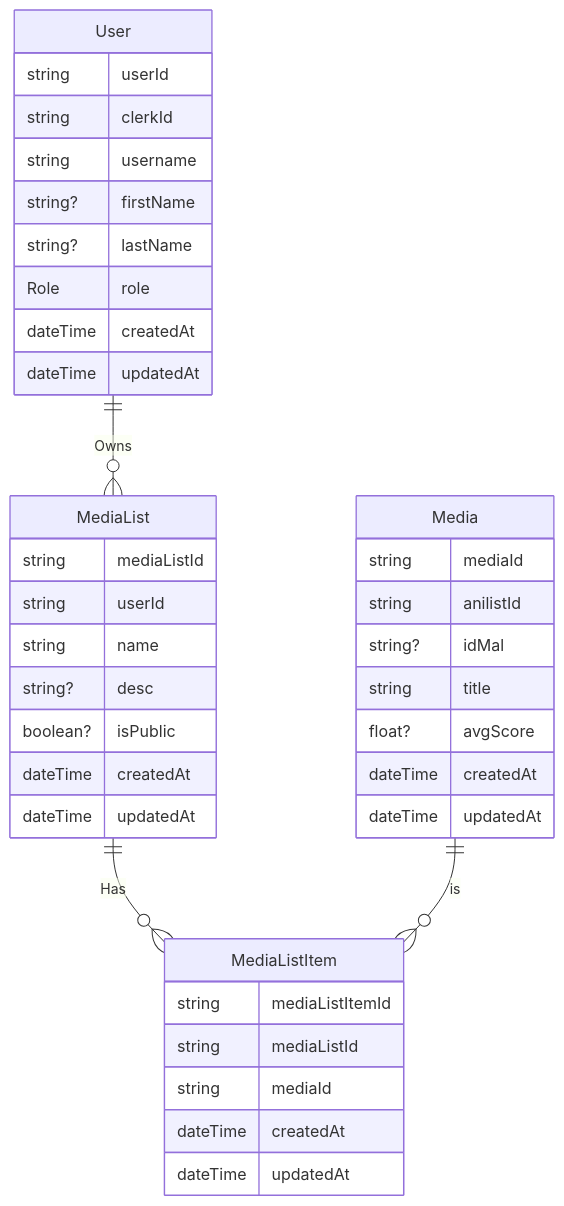
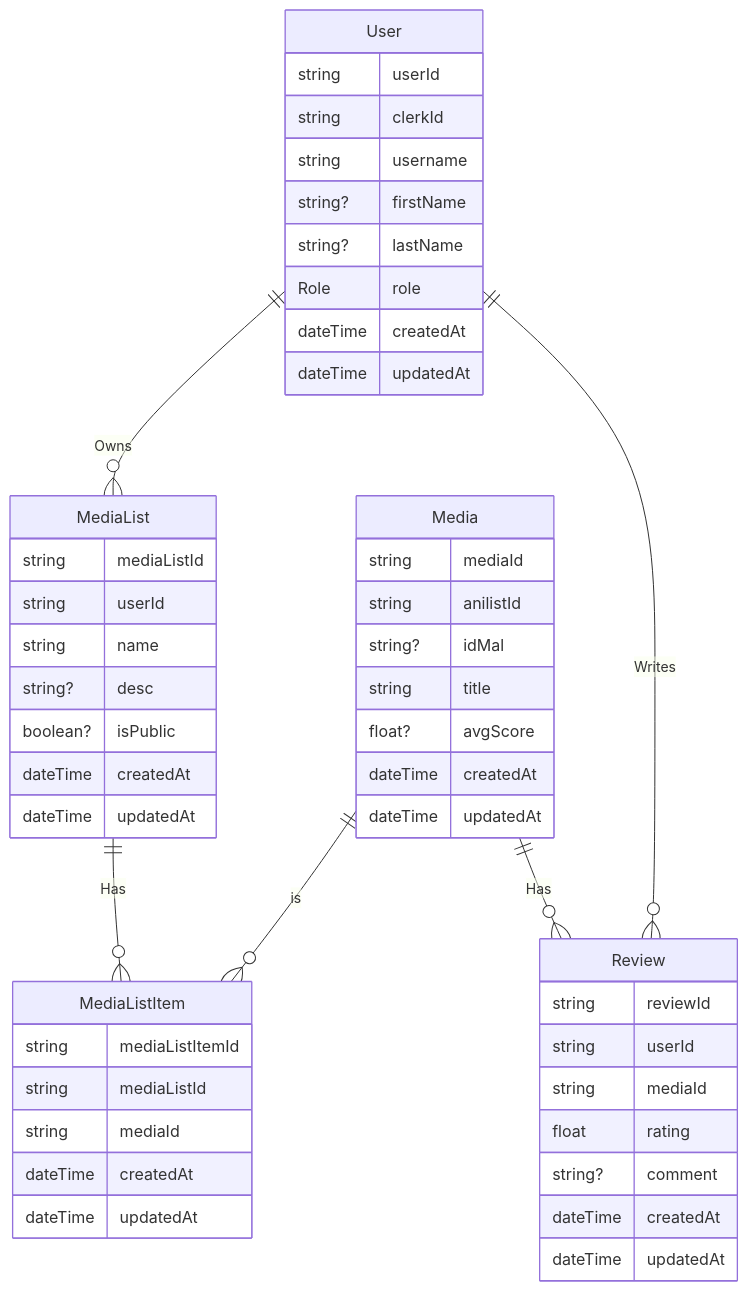
One commit to Jaska28/Kiroku-TP2-ServiceWeb changed the diagram in README.md. Above: the diagram before and after it, drawn with Mermaid.

Commit message:
forgot to include reviews

````diff
--- a/README.md
+++ b/README.md
@@ -63,50 +63,62 @@
 ```mermaid
 erDiagram
     User ||--o{ MediaList: "Owns"
     MediaList ||--o{ MediaListItem: "Has"
     Media ||--o{ MediaListItem: "is"
-
+    User ||--o{ Review: "Writes"
+    Media || --o{ Review: "Has"
 
     User {
         string userId
         string clerkId
         string username
         string? firstName
         string? lastName
         Role role
 
         dateTime createdAt
         dateTime updatedAt
     }
 
     Media {
         string mediaId
         string anilistId
         string? idMal
         string title
         float? avgScore
 
         dateTime createdAt
         dateTime updatedAt
     }
 
     MediaList {
         string mediaListId
         string userId
         string name
         string? desc
         boolean? isPublic
 
         dateTime createdAt
         dateTime updatedAt
     }
 
     MediaListItem {
         string mediaListItemId
         string mediaListId
         string mediaId
 
         dateTime createdAt
         dateTime updatedAt
     }
+
+    Review {
+        string reviewId
+        string userId
+        string mediaId
+        float rating
+        string? comment
+
+        dateTime createdAt
+        dateTime updatedAt
+    }
 ```
````
